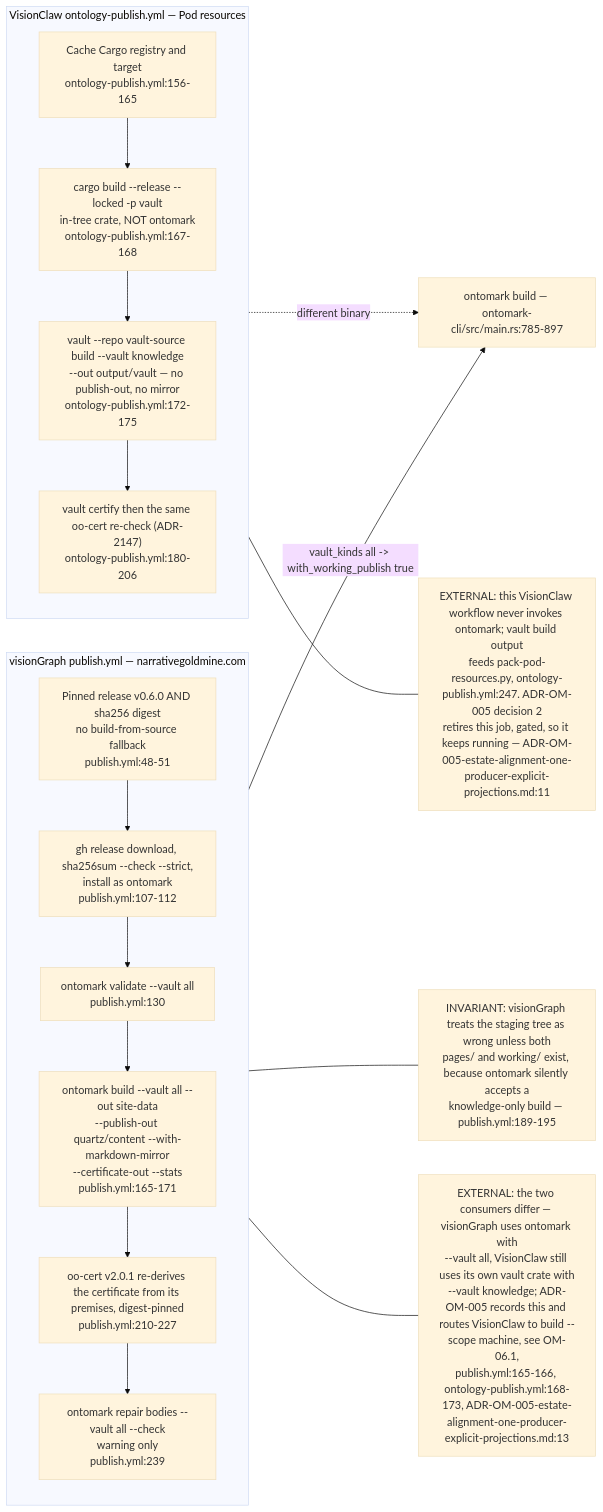
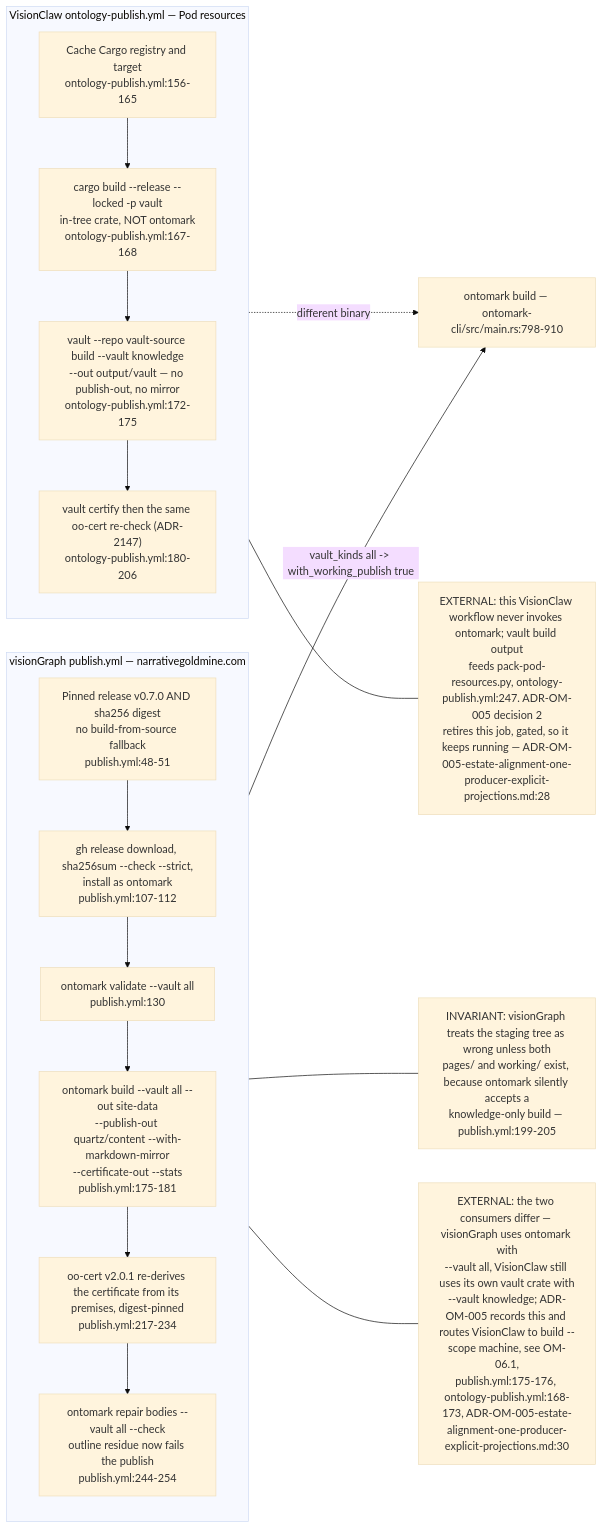
Before and after one commit to DreamLab-AI/VisionFlow: the fifth of 6 diagrams in docs/diagrams/ontomark/05-cli-commands-vault-selector-and-exit-codes.md, drawn with Mermaid (base theme). The commit also changed other lines of this file and 91 other files, not shown here.

First line of the commit message:
docs(audit): estate audit wave 2, every repository except agentbox and VisionClaw

````diff
--- a/docs/diagrams/ontomark/05-cli-commands-vault-selector-and-exit-codes.md
+++ b/docs/diagrams/ontomark/05-cli-commands-vault-selector-and-exit-codes.md
@@ -198,30 +203,30 @@
 ```mermaid
 flowchart LR
     subgraph VG["visionGraph publish.yml — narrativegoldmine.com"]
         direction TB
-        VGPIN["Pinned release v0.6.0 AND sha256 digest<br/>no build-from-source fallback<br/>publish.yml:48-51"]
+        VGPIN["Pinned release v0.7.0 AND sha256 digest<br/>no build-from-source fallback<br/>publish.yml:48-51"]
         VGFETCH["gh release download, sha256sum --check --strict,<br/>install as ontomark<br/>publish.yml:107-112"]
         VGVAL["ontomark validate --vault all<br/>publish.yml:130"]
-        VGBUILD["ontomark build --vault all --out site-data<br/>--publish-out quartz/content --with-markdown-mirror<br/>--certificate-out --stats<br/>publish.yml:165-171"]
-        VGCERT["oo-cert v2.0.1 re-derives the certificate from its premises, digest-pinned<br/>publish.yml:210-227"]
-        VGREP["ontomark repair bodies --vault all --check<br/>warning only<br/>publish.yml:239"]
+        VGBUILD["ontomark build --vault all --out site-data<br/>--publish-out quartz/content --with-markdown-mirror<br/>--certificate-out --stats<br/>publish.yml:175-181"]
+        VGCERT["oo-cert v2.0.1 re-derives the certificate from its premises, digest-pinned<br/>publish.yml:217-234"]
+        VGREP["ontomark repair bodies --vault all --check<br/>outline residue now fails the publish<br/>publish.yml:244-254"]
         VGPIN --> VGFETCH --> VGVAL --> VGBUILD --> VGCERT --> VGREP
     end
     subgraph VC["VisionClaw ontology-publish.yml — Pod resources"]
         direction TB
         VCCACHE["Cache Cargo registry and target<br/>ontology-publish.yml:156-165"]
         VCBUILD["cargo build --release --locked -p vault<br/>in-tree crate, NOT ontomark<br/>ontology-publish.yml:167-168"]
         VCRUN["vault --repo vault-source build --vault knowledge<br/>--out output/vault — no publish-out, no mirror<br/>ontology-publish.yml:172-175"]
         VCCERT["vault certify then the same oo-cert re-check (ADR-2147)<br/>ontology-publish.yml:180-206"]
         VCCACHE --> VCBUILD --> VCRUN --> VCCERT
     end
-    BIN["ontomark build — ontomark-cli/src/main.rs:785-897"]
+    BIN["ontomark build — ontomark-cli/src/main.rs:798-910"]
     VGBUILD -->|"vault_kinds all -> with_working_publish true"| BIN
     VCRUN -.->|"different binary"| BIN
-    n1["EXTERNAL: the two consumers differ — visionGraph uses ontomark with<br/>--vault all, VisionClaw still uses its own vault crate with<br/>--vault knowledge; ADR-OM-005 records this and routes VisionClaw to build --scope machine, see OM-06.1,<br/>publish.yml:165-166, ontology-publish.yml:168-173, ADR-OM-005-estate-alignment-one-producer-explicit-projections.md:13"]
-    n2["EXTERNAL: this VisionClaw workflow never invokes ontomark; vault build output<br/>feeds pack-pod-resources.py, ontology-publish.yml:247. ADR-OM-005 decision 2<br/>retires this job, gated, so it keeps running — ADR-OM-005-estate-alignment-one-producer-explicit-projections.md:11"]
-    n3["INVARIANT: visionGraph treats the staging tree as wrong unless both<br/>pages/ and working/ exist, because ontomark silently accepts a<br/>knowledge-only build — publish.yml:189-195"]
+    n1["EXTERNAL: the two consumers differ — visionGraph uses ontomark with<br/>--vault all, VisionClaw still uses its own vault crate with<br/>--vault knowledge; ADR-OM-005 records this and routes VisionClaw to build --scope machine, see OM-06.1,<br/>publish.yml:175-176, ontology-publish.yml:168-173, ADR-OM-005-estate-alignment-one-producer-explicit-projections.md:30"]
+    n2["EXTERNAL: this VisionClaw workflow never invokes ontomark; vault build output<br/>feeds pack-pod-resources.py, ontology-publish.yml:247. ADR-OM-005 decision 2<br/>retires this job, gated, so it keeps running — ADR-OM-005-estate-alignment-one-producer-explicit-projections.md:28"]
+    n3["INVARIANT: visionGraph treats the staging tree as wrong unless both<br/>pages/ and working/ exist, because ontomark silently accepts a<br/>knowledge-only build — publish.yml:199-205"]
     VG --- n1
     VC --- n2
     VGBUILD --- n3
 ```
````
